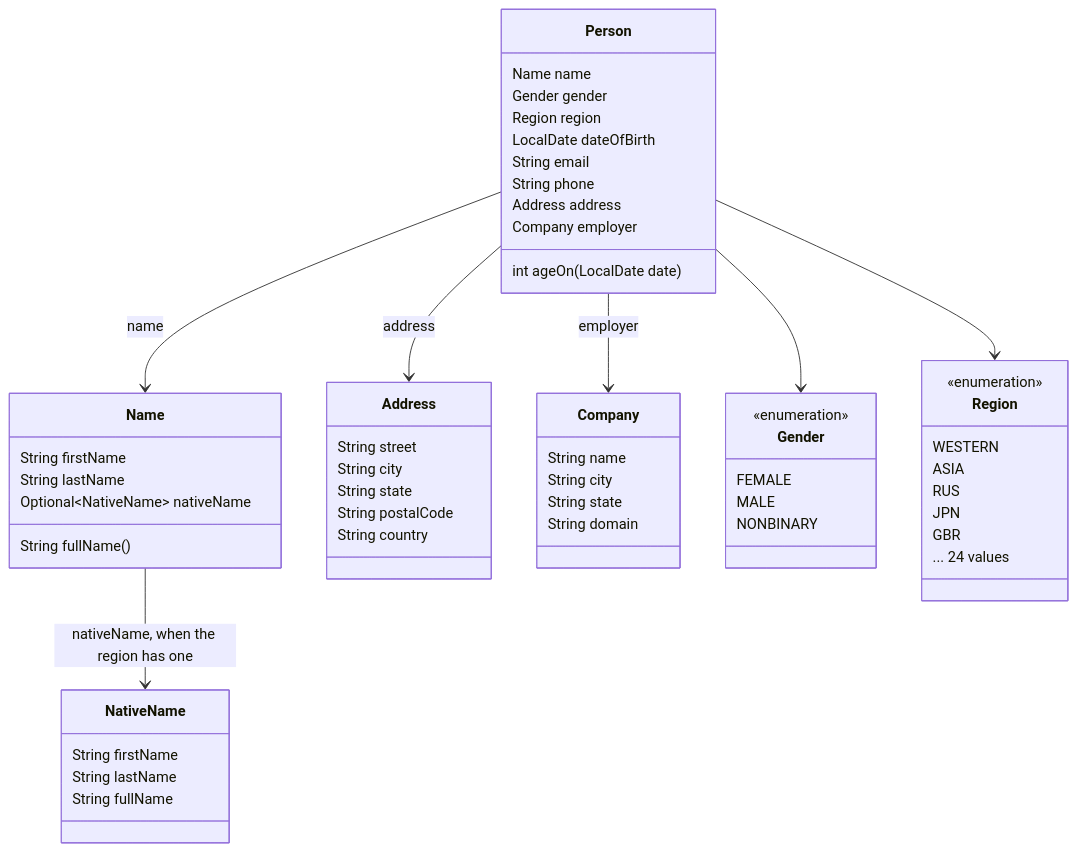
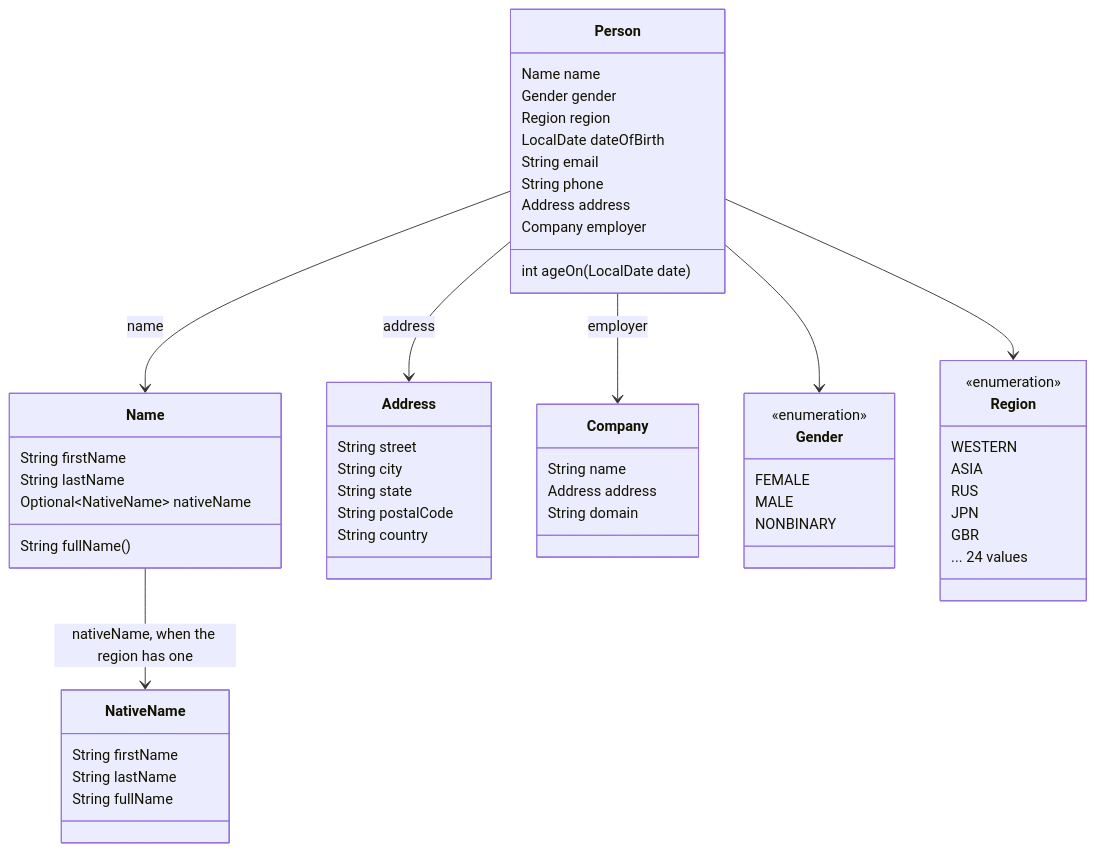
One commit to tauasa/faux-person changed the diagram in README.md. Above: the diagram before and after it, drawn with Mermaid. The commit also changed other lines of this file and 20 other files, not shown here.

````diff
--- a/README.md
+++ b/README.md
@@ -53,59 +54,58 @@
 ```mermaid
 classDiagram
     class Person {
         Name name
         Gender gender
         Region region
         LocalDate dateOfBirth
         String email
         String phone
         Address address
         Company employer
         int ageOn(LocalDate date)
     }
     class Name {
         String firstName
         String lastName
         Optional~NativeName~ nativeName
         String fullName()
     }
     class NativeName {
         String firstName
         String lastName
         String fullName
     }
     class Address {
         String street
         String city
         String state
         String postalCode
         String country
     }
     class Company {
         String name
-        String city
-        String state
+        Address address
         String domain
     }
     class Gender {
         <<enumeration>>
         FEMALE
         MALE
         NONBINARY
     }
     class Region {
         <<enumeration>>
         WESTERN
         ASIA
         RUS
         JPN
         GBR
         ... 24 values
     }
     Person --> Name : name
     Name --> NativeName : nativeName, when the region has one
     Person --> Address : address
     Person --> Company : employer
     Person --> Gender
     Person --> Region
 ```
````
